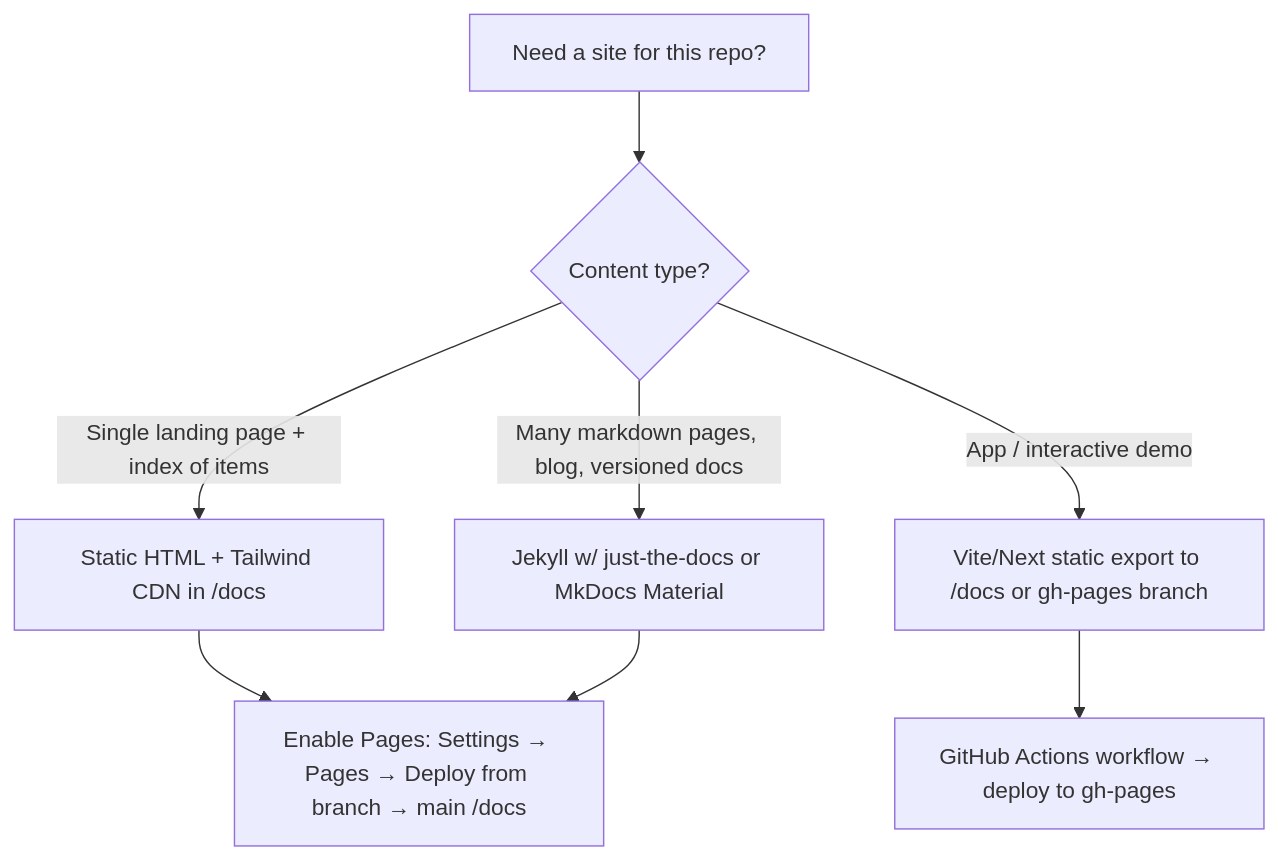
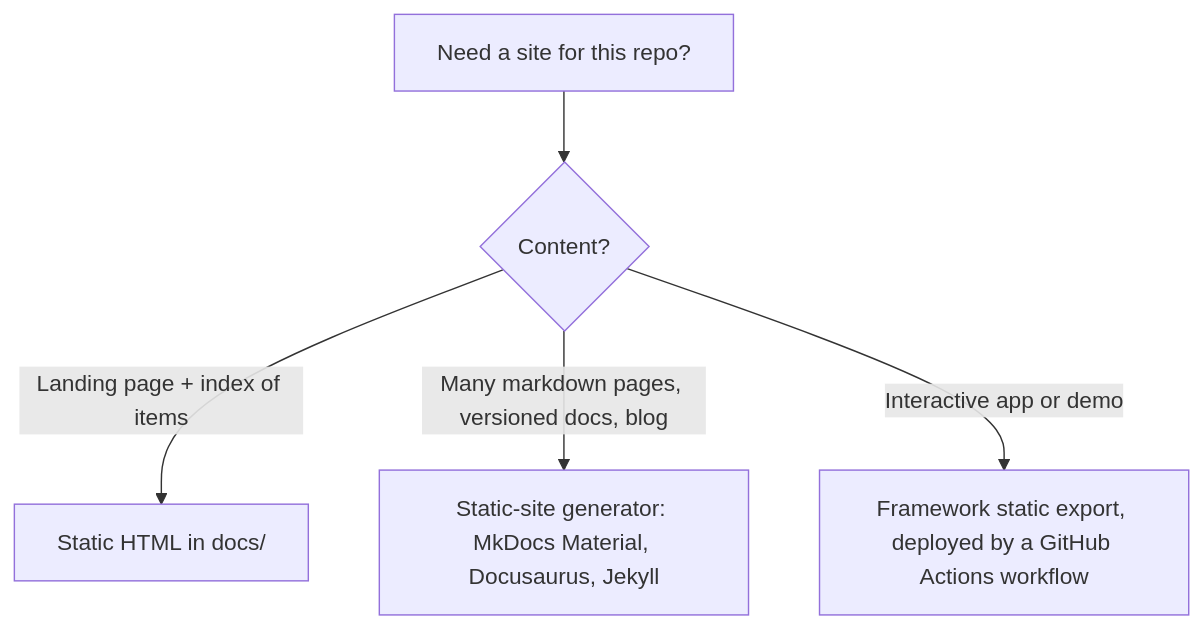
Before and after one commit to M2LabOrg/agent-skills: the diagram in github-pages-generation/SKILL.md, drawn with Mermaid. The commit also changed other lines of this file and 55 other files, not shown here.

````diff
--- a/github-pages-generation/SKILL.md
+++ b/github-pages-generation/SKILL.md
@@ -12,10 +14,7 @@
 ```mermaid
 flowchart TD
-    A[Need a site for this repo?] --> B{Content type?}
-    B -->|Single landing page + index of items| C[Static HTML + Tailwind CDN in /docs]
-    B -->|Many markdown pages, blog, versioned docs| D[Jekyll w/ just-the-docs or MkDocs Material]
-    B -->|App / interactive demo| E[Vite/Next static export to /docs or gh-pages branch]
-    C --> F[Enable Pages: Settings → Pages → Deploy from branch → main /docs]
-    D --> F
-    E --> G[GitHub Actions workflow → deploy to gh-pages]
+    A[Need a site for this repo?] --> B{Content?}
+    B -->|Landing page + index of items| C[Static HTML in docs/]
+    B -->|Many markdown pages, versioned docs, blog| D[Static-site generator: MkDocs Material, Docusaurus, Jekyll]
+    B -->|Interactive app or demo| E[Framework static export, deployed by a GitHub Actions workflow]
 ```
````
